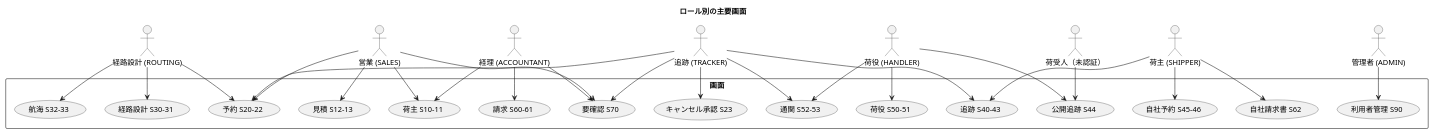
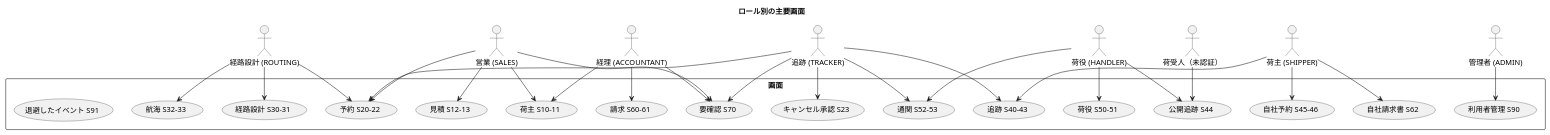
Before and after one commit to k2works/case-study-cargo-tracker: the first of 45 diagrams in docs/design/cargo-tracker/ui_design.md, drawn with PlantUML. The commit also changed other lines of this file and 28 other files, not shown here.

````diff
--- a/docs/design/cargo-tracker/ui_design.md
+++ b/docs/design/cargo-tracker/ui_design.md
@@ -164,56 +165,57 @@
 ```plantuml
 @startuml
 title ロール別の主要画面
 
 actor "営業 (SALES)" as sales
 actor "経路設計 (ROUTING)" as routing
 actor "追跡 (TRACKER)" as tracker
 actor "荷役 (HANDLER)" as handler
 actor "経理 (ACCOUNTANT)" as acc
 actor "荷主 (SHIPPER)" as shipper
 actor "荷受人（未認証）" as consignee
 actor "管理者 (ADMIN)" as admin
 
 rectangle 画面 {
   usecase "荷主 S10-11" as s
   usecase "見積 S12-13" as q
   usecase "予約 S20-22" as b
   usecase "キャンセル承認 S23" as c
   usecase "経路設計 S30-31" as r
   usecase "航海 S32-33" as v
   usecase "追跡 S40-43" as t
   usecase "荷役 S50-51" as h
   usecase "通関 S52-53" as cu
   usecase "請求 S60-61" as i
   usecase "公開追跡 S44" as pub
   usecase "自社予約 S45-46" as sb
   usecase "自社請求書 S62" as si
   usecase "要確認 S70" as w
   usecase "利用者管理 S90" as u
+  usecase "退避したイベント S91" as dl
 }
 
 sales --> s
 sales --> q
 sales --> b
 sales --> w
 routing --> r
 routing --> v
 routing --> b
 tracker --> t
 tracker --> c
 tracker --> cu
 tracker --> b
 tracker --> w
 handler --> h
 handler --> cu
 handler --> pub
 acc --> i
 acc --> s
 acc --> w
 shipper --> sb
 shipper --> si
 shipper --> t
 consignee --> pub
 admin --> u
 @enduml
 ```
````
